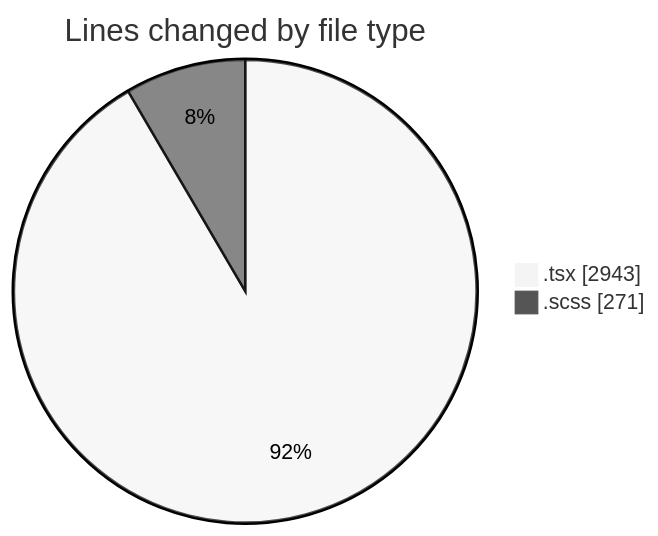
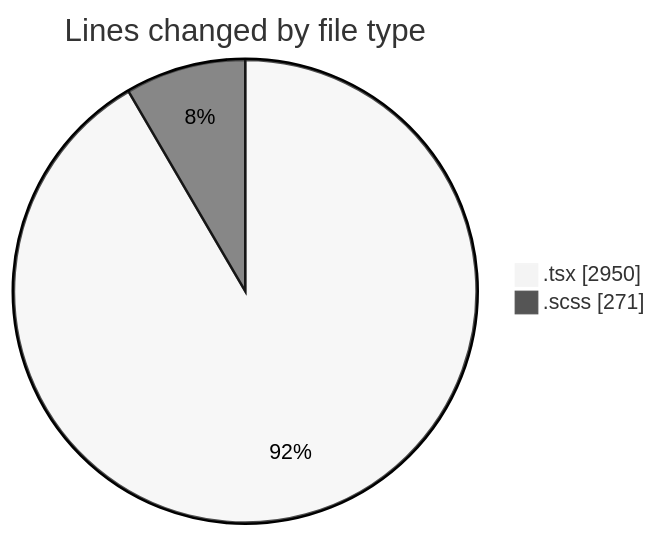
The first of 2 diagrams in 2025-11-18/cda/README.md (momahboobian/code-tracking), drawn with Mermaid (neutral theme) before and after one commit. The commit also changed other lines of this file and 1 other file, not shown here.

````diff
--- a/2025-11-18/cda/README.md
+++ b/2025-11-18/cda/README.md
@@ -25,6 +25,6 @@
 ```mermaid
 pie showData
 title Lines changed by file type
-".tsx" : 2943
+".tsx" : 2950
 ".scss" : 271
 ```
````
